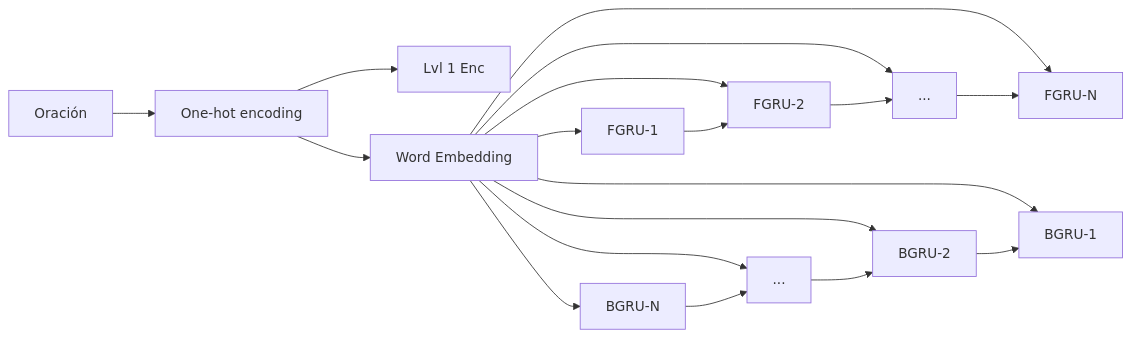
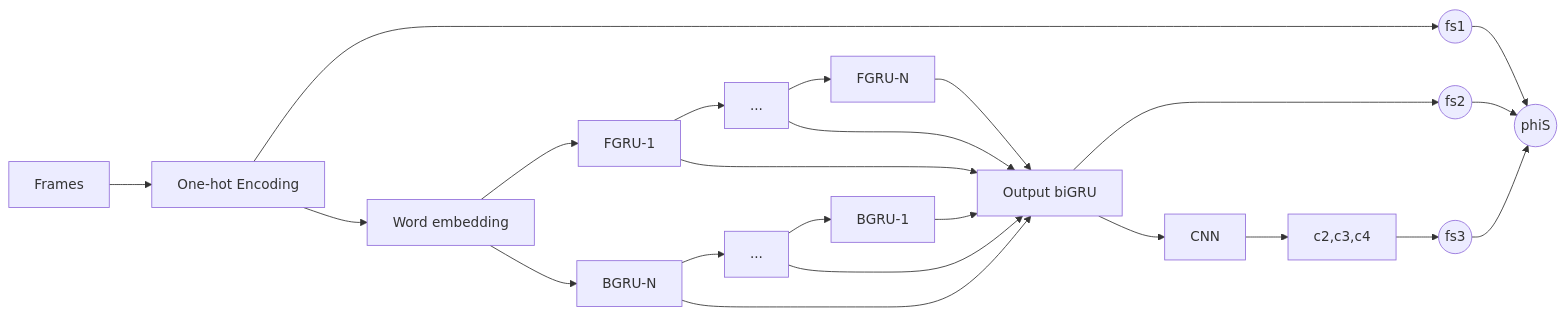
Before and after one commit to gpilleux/DualEncZeroExVidRetriev: the second of 2 diagrams in EntregaParcial1.md, drawn with Mermaid. The commit also changed other lines of this file and 1 other file, not shown here.

````diff
--- a/EntregaParcial1.md
+++ b/EntregaParcial1.md
@@ -74,23 +119,30 @@
 ```mermaid
 graph LR
-Input[Oración] --> OHE[One-hot encoding]
-OHE --> fs1[Lvl 1 Enc]
-OHE --> WE[Word Embedding]
-WE --> FGRU1[FGRU-1]
-WE --> FGRU2[FGRU-2]
-WE --> FGRUDOTS[...]
-WE --> FGRUN[FGRU-N]
-FGRU1 --> FGRU2
-FGRU2 --> FGRUDOTS
-FGRUDOTS --> FGRUN
+SENTENCE[Frames] --> OHE[One-hot Encoding]
+OHE --> WE[Word embedding]
+OHE --> FS1((fs1))
+WE --> FG1[FGRU-1]
+FG1 --> FGDOTS[...]
+FGDOTS --> FGN[FGRU-N]
 
-WE --> BGRU1[BGRU-1]
-WE --> BGRU2[BGRU-2]
-WE --> BGRUDOTS[...]
-WE --> BGRUN[BGRU-N]
-BGRUN --> BGRUDOTS
-BGRUDOTS --> BGRU2
-BGRU2 --> BGRU1
+WE --> BGN[BGRU-N]
+BGN --> BGDOTS[...]
+BGDOTS --> BG1[BGRU-1]
 
+FGN --> OutbiGRU[Output biGRU]
+FGDOTS --> OutbiGRU
+FG1 --> OutbiGRU
 
+BG1 --> OutbiGRU
+BGDOTS --> OutbiGRU
+BGN --> OutbiGRU
+
+OutbiGRU --> FS2((fs2))
+OutbiGRU --> CNN[CNN]
+CNN --> c2c3c4c5[c2,c3,c4]
+c2c3c4c5 --> FS3((fs3))
+
+FS1 --> phiS((phiS))
+FS2 --> phiS((phiS))
+FS3 --> phiS((phiS))
 ```
````
